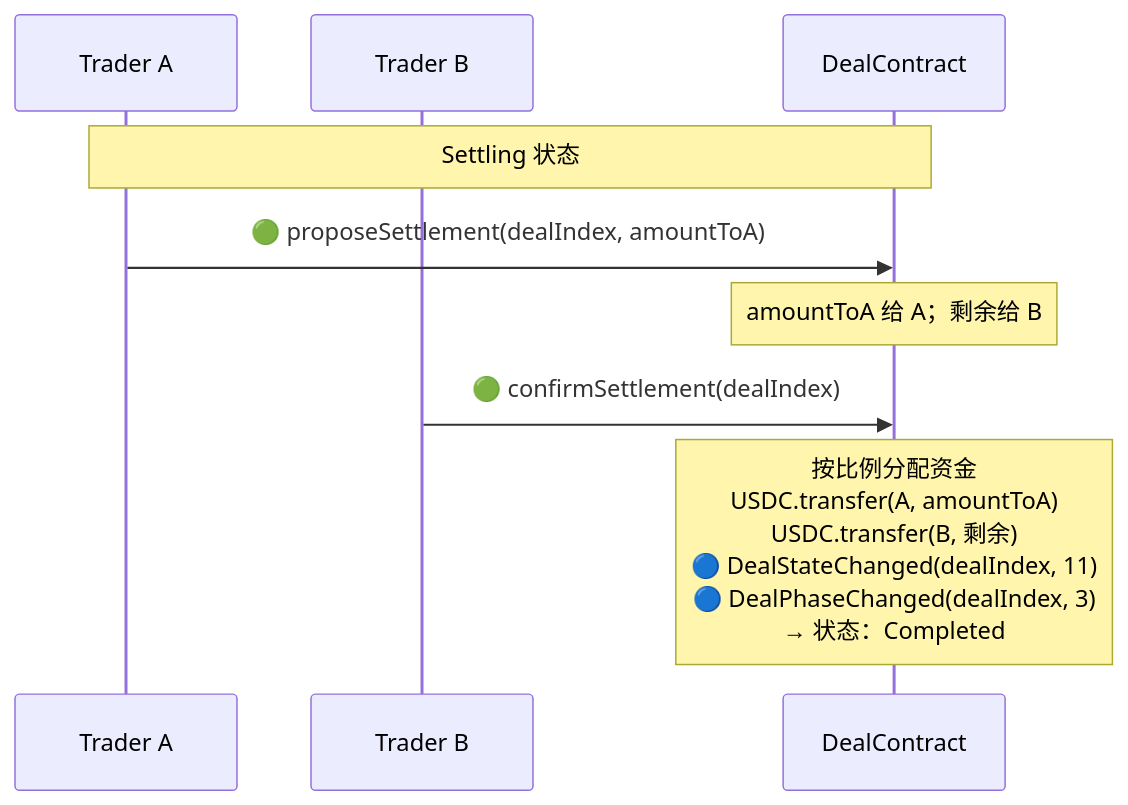
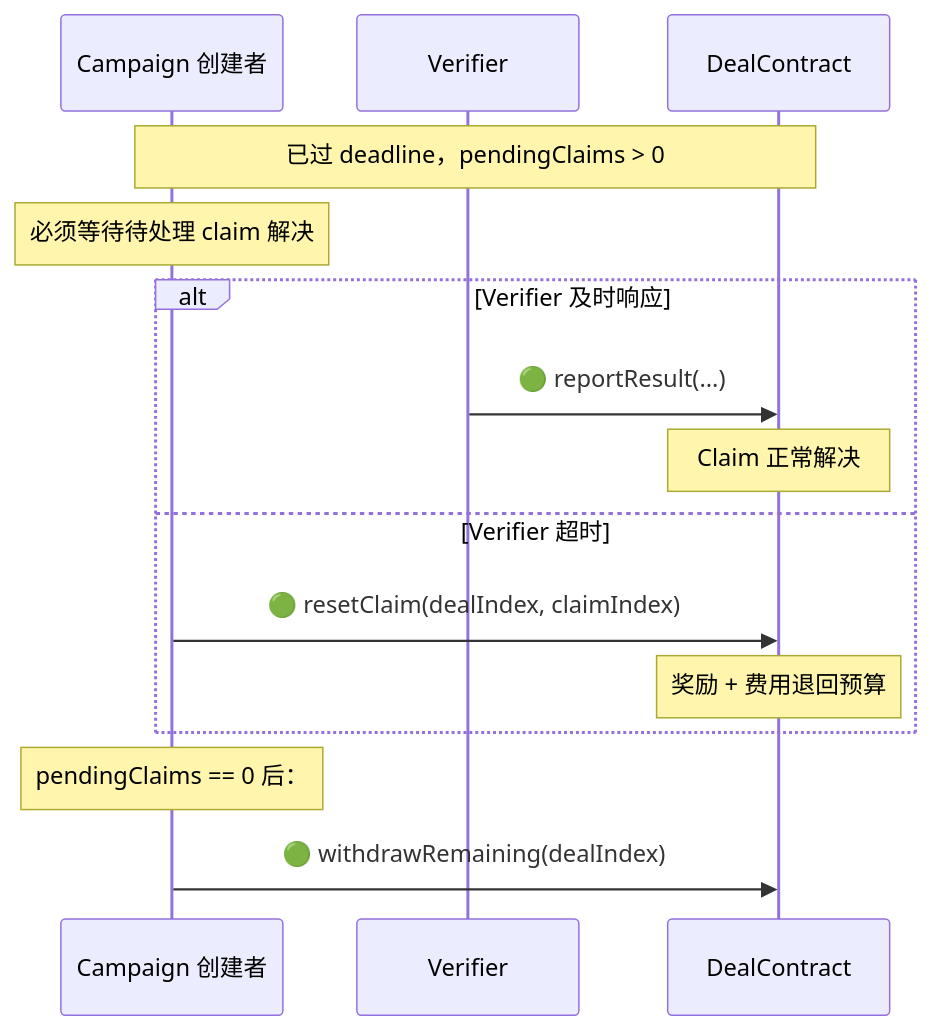
One commit to synctxai/synctx changed the fifth of 5 diagrams in examples/x-follow/x-follow-design-zh.md. Above: the diagram before and after it, drawn with Mermaid. The commit also changed other lines of this file and 1 other file, not shown here.

First line of the commit message:
docs(x-follow): redesign as 1-to-many campaign model

````diff
--- a/examples/x-follow/x-follow-design-zh.md
+++ b/examples/x-follow/x-follow-design-zh.md
@@ -403,12 +307,20 @@
 ```mermaid
 sequenceDiagram
-    participant A as Trader A
-    participant B as Trader B
+    participant A as Campaign 创建者
+    participant V as Verifier
     participant D as DealContract
 
-    Note over A,D: Settling 状态
-    A->>D: 🟢 proposeSettlement(dealIndex, amountToA)
-    Note over D: amountToA 给 A；剩余给 B
-    B->>D: 🟢 confirmSettlement(dealIndex)
-    Note over D: 按比例分配资金<br/>USDC.transfer(A, amountToA)<br/>USDC.transfer(B, 剩余)<br/>🔵 DealStateChanged(dealIndex, 11)<br/>🔵 DealPhaseChanged(dealIndex, 3)<br/>→ 状态：Completed
+    Note over A,D: 已过 deadline，pendingClaims > 0
+    Note over A: 必须等待待处理 claim 解决
+
+    alt Verifier 及时响应
+        V->>D: 🟢 reportResult(...)
+        Note over D: Claim 正常解决
+    else Verifier 超时
+        A->>D: 🟢 resetClaim(dealIndex, claimIndex)
+        Note over D: 奖励 + 费用退回预算
+    end
+
+    Note over A: pendingClaims == 0 后：
+    A->>D: 🟢 withdrawRemaining(dealIndex)
 ```
````
